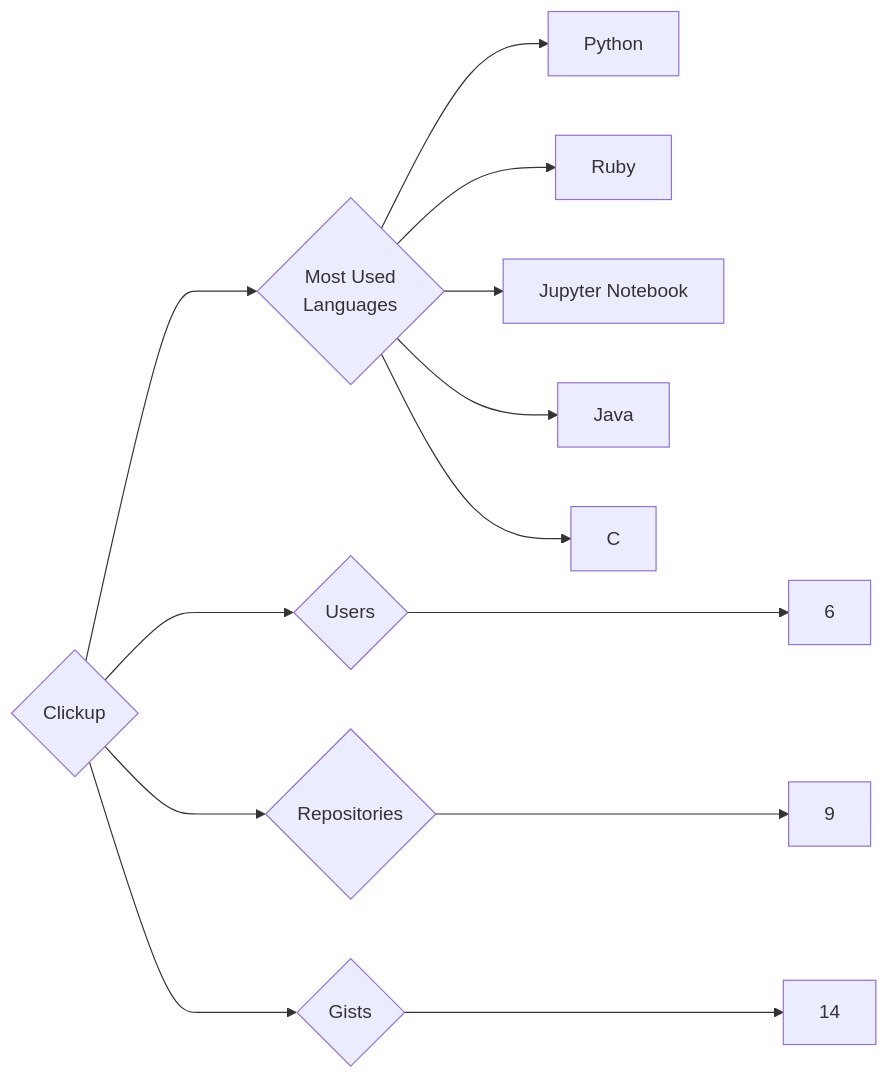
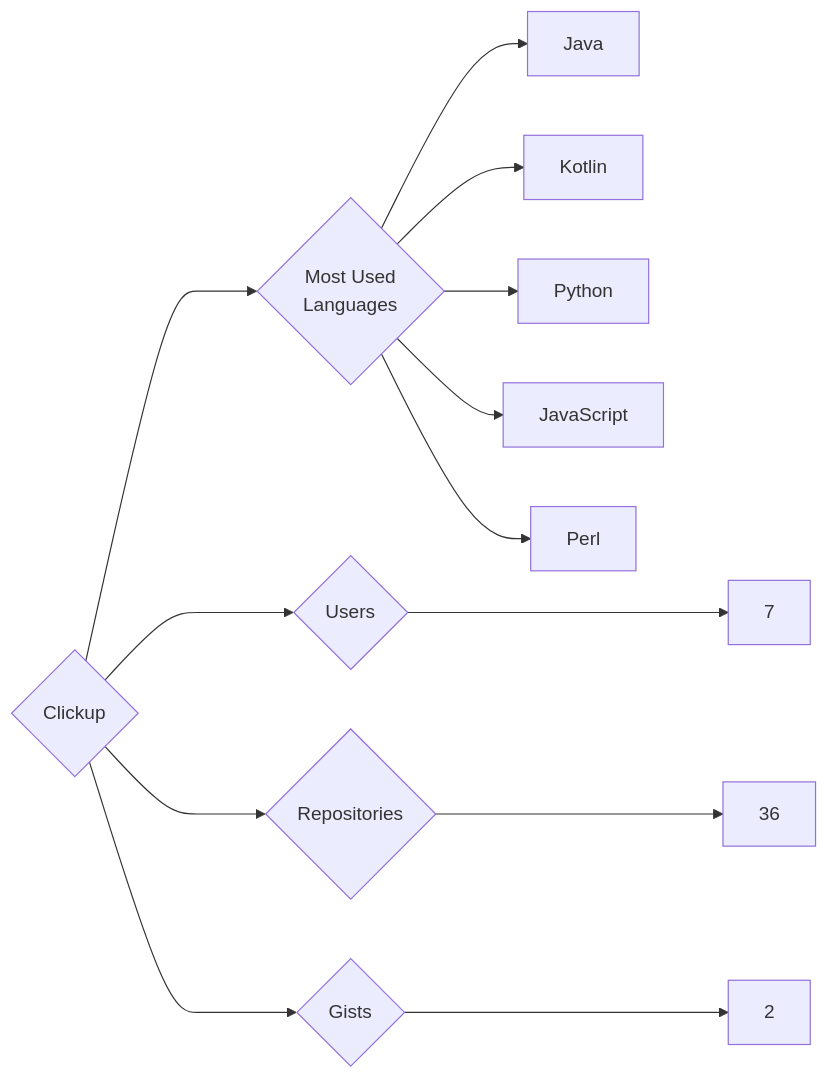
One commit to trickest/insiders changed the diagram in targets/Clickup/README.md. Above: the diagram before and after it, drawn with Mermaid. The commit also changed 880 other files, not shown here.

````diff
--- a/targets/Clickup/README.md
+++ b/targets/Clickup/README.md
@@ -3,13 +3,13 @@
 ```mermaid
 graph LR
 COMPANY_NAME{Clickup}
-COMPANY_NAME ---> U{Users} ---> UN[6]
-COMPANY_NAME ---> R{Repositories} ---> RN[9]
-COMPANY_NAME ---> G{Gists} ---> GN[14]
+COMPANY_NAME ---> U{Users} ---> UN[7]
+COMPANY_NAME ---> R{Repositories} ---> RN[36]
+COMPANY_NAME ---> G{Gists} ---> GN[2]
 COMPANY_NAME ---> ML{Most Used<br>Languages}
+ML --> Java[Java]
+ML --> Kotlin[Kotlin]
 ML --> Python[Python]
-ML --> Ruby[Ruby]
-ML --> Jupyter_Notebook[Jupyter Notebook]
-ML --> Java[Java]
-ML --> C[C]
+ML --> JavaScript[JavaScript]
+ML --> Perl[Perl]
 ```
````
